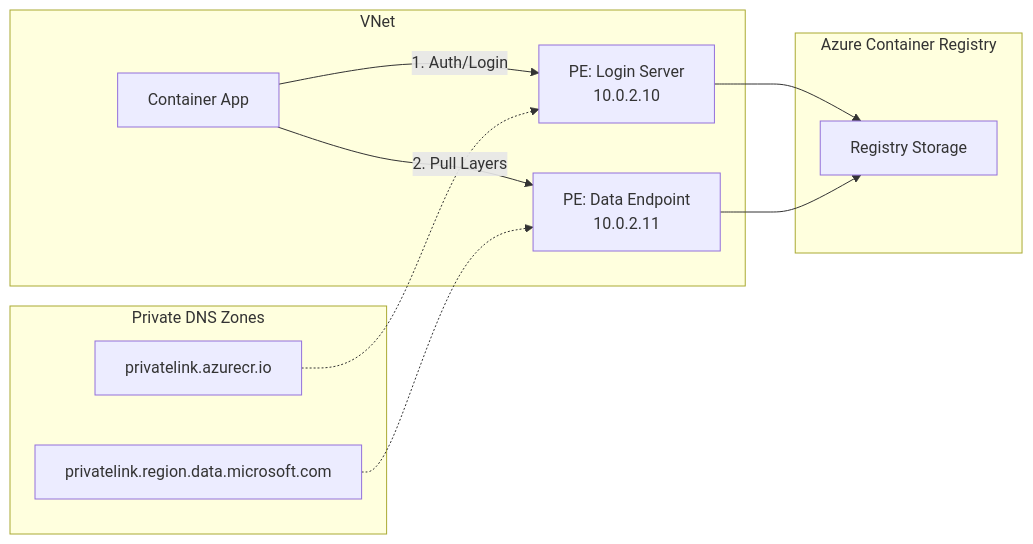
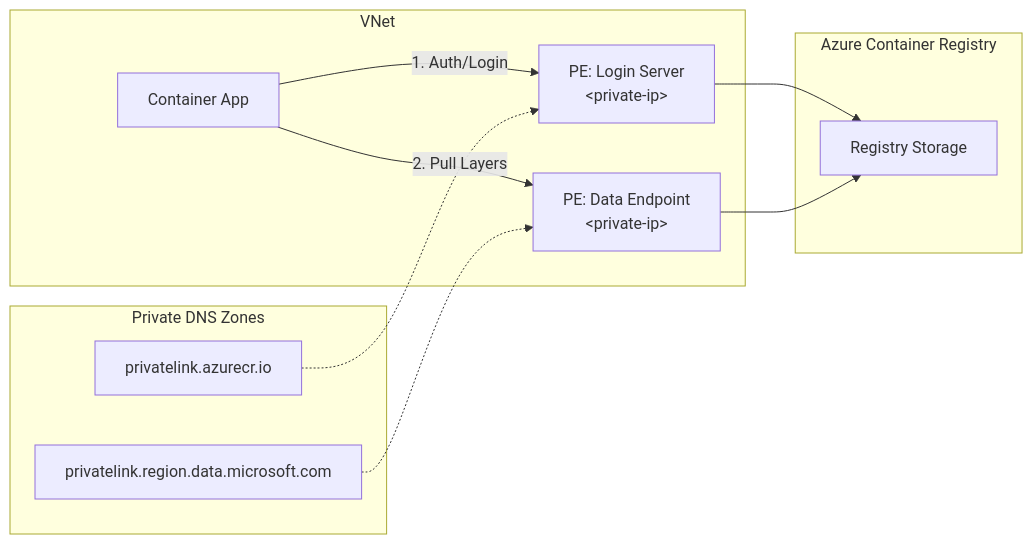
Before and after one commit to yeongseon/azure-container-apps-practical-guide: the third of 3 diagrams in docs/platform/networking/private-endpoints.md, drawn with Mermaid. The commit also changed other lines of this file, not shown here.

````diff
--- a/docs/platform/networking/private-endpoints.md
+++ b/docs/platform/networking/private-endpoints.md
@@ -139,24 +144,24 @@
 ```mermaid
 flowchart LR
     subgraph VNet
         CA[Container App]
-        PE1[PE: Login Server<br/>10.0.2.10]
-        PE2[PE: Data Endpoint<br/>10.0.2.11]
+        PE1[PE: Login Server<br/>&lt;private-ip&gt;]
+        PE2[PE: Data Endpoint<br/>&lt;private-ip&gt;]
     end
     
     subgraph DNS [Private DNS Zones]
         DZ1[privatelink.azurecr.io]
         DZ2[privatelink.region.data.microsoft.com]
     end
     
     subgraph Services [Azure Container Registry]
         ACR[Registry Storage]
     end
     
     CA -- 1. Auth/Login --> PE1
     CA -- 2. Pull Layers --> PE2
     PE1 --> ACR
     PE2 --> ACR
     DZ1 -.-> PE1
     DZ2 -.-> PE2
 ```
````
